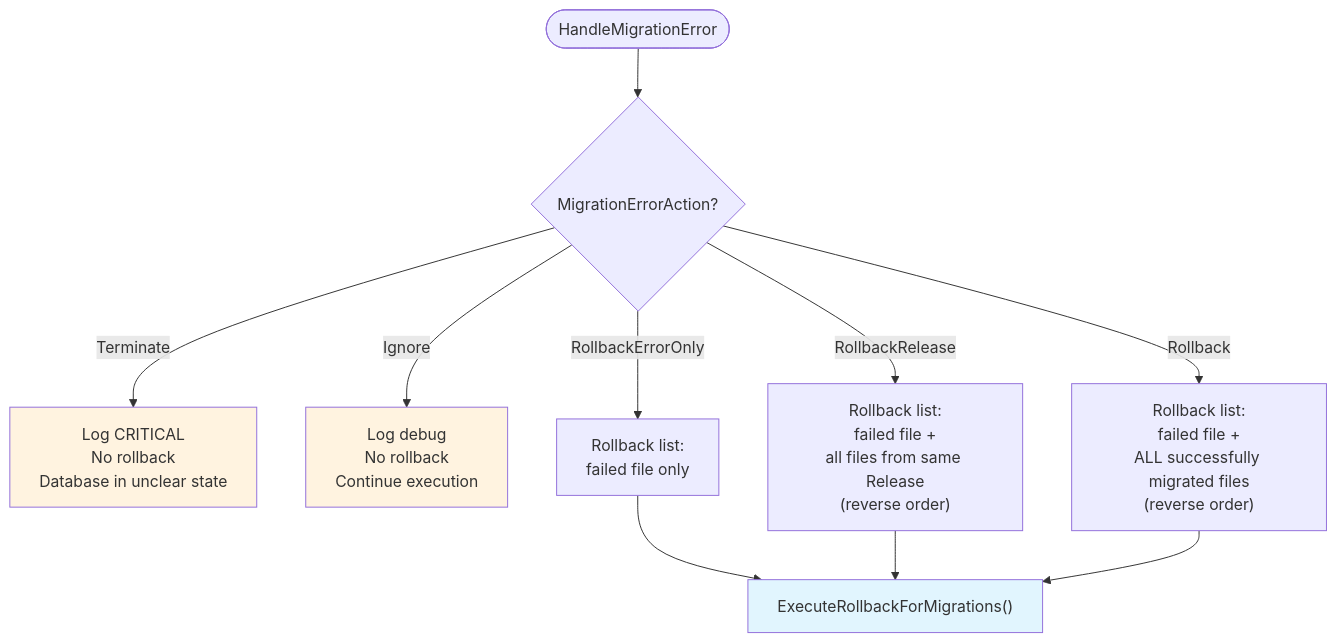
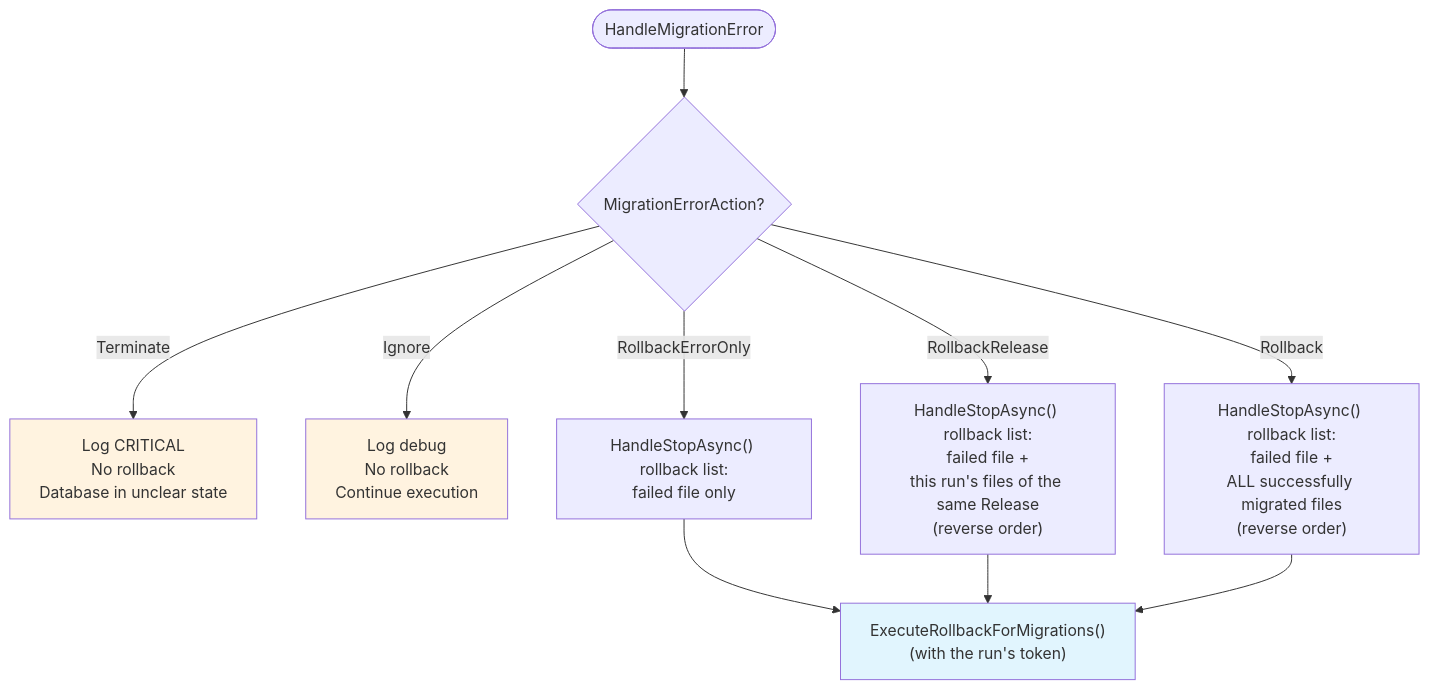
One commit to RAYCOON/RayMigrator changed the third of 6 diagrams in Docs/04-service-layer/activity-diagrams.md. Above: the diagram before and after it, drawn with Mermaid. The commit also changed other lines of this file and 136 other files, not shown here.

````diff
--- a/Docs/04-service-layer/activity-diagrams.md
+++ b/Docs/04-service-layer/activity-diagrams.md
@@ -125,23 +141,23 @@
 ```mermaid
 flowchart TD
     Start([HandleMigrationError]) --> Switch{MigrationErrorAction?}
 
     Switch -->|Terminate| LogTerminate["Log CRITICAL<br/>No rollback<br/>Database in unclear state"]
 
     Switch -->|Ignore| LogIgnore["Log debug<br/>No rollback<br/>Continue execution"]
 
-    Switch -->|RollbackErrorOnly| BuildOne["Rollback list:<br/>failed file only"]
+    Switch -->|RollbackErrorOnly| BuildOne["HandleStopAsync() rollback list:<br/>failed file only"]
     BuildOne --> ExecRB
 
-    Switch -->|RollbackRelease| BuildRelease["Rollback list:<br/>failed file +<br/>all files from same Release<br/>(reverse order)"]
+    Switch -->|RollbackRelease| BuildRelease["HandleStopAsync() rollback list:<br/>failed file +<br/>this run's files of the same Release<br/>(reverse order)"]
     BuildRelease --> ExecRB
 
-    Switch -->|Rollback| BuildAll["Rollback list:<br/>failed file +<br/>ALL successfully migrated files<br/>(reverse order)"]
+    Switch -->|Rollback| BuildAll["HandleStopAsync() rollback list:<br/>failed file +<br/>ALL successfully migrated files<br/>(reverse order)"]
     BuildAll --> ExecRB
 
-    ExecRB["ExecuteRollbackForMigrations()"]
+    ExecRB["ExecuteRollbackForMigrations()<br/>(with the run's token)"]
 
     style LogTerminate fill:#fff3e0
     style LogIgnore fill:#fff3e0
     style ExecRB fill:#e1f5fe
 ```
````
